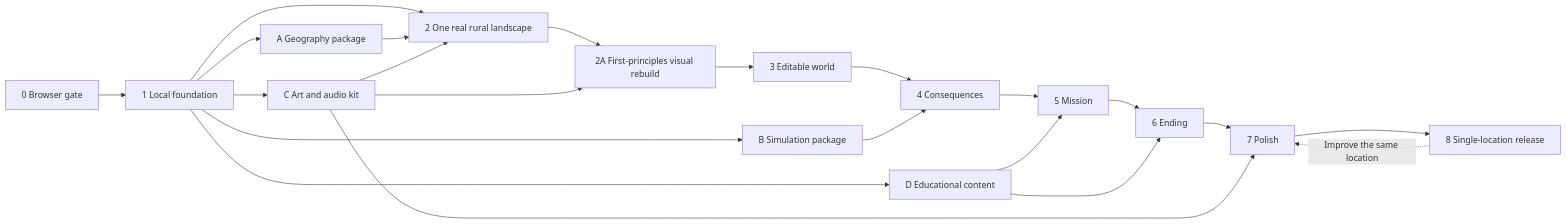
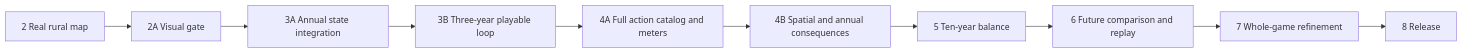
One commit to namanpro47/MyTerrain changed the diagram in IMPLEMENTATION_PLAN.md. Above: the diagram before and after it, drawn with Mermaid. The commit also changed other lines of this file and 168 other files, not shown here.

Commit message:
Preserve current visual studies and annual gameplay planning before integration

````diff
--- a/IMPLEMENTATION_PLAN.md
+++ b/IMPLEMENTATION_PLAN.md
@@ -53,24 +40,12 @@
 ```mermaid
 flowchart LR
-  P0[0 Browser gate] --> P1[1 Local foundation]
-  P1 --> P2[2 One real rural landscape]
-  P2 --> P2A[2A First-principles visual rebuild]
-  P2A --> P3[3 Editable world]
-  P3 --> P4[4 Consequences]
-  P4 --> P5[5 Mission]
-  P5 --> P6[6 Ending]
-  P6 --> P7[7 Polish]
-  P7 --> P8[8 Single-location release]
-  P8 -. Improve the same location .-> P7
-  P1 --> A[A Geography package]
-  A --> P2
-  P1 --> B[B Simulation package]
-  B --> P4
-  P1 --> C[C Art and audio kit]
-  C --> P2
-  C --> P2A
-  C --> P7
-  P1 --> D[D Educational content]
-  D --> P5
-  D --> P6
+  P2[2 Real rural map] --> V[2A Visual gate]
+  V --> A[3A Annual state integration]
+  A --> B[3B Three-year playable loop]
+  B --> C[4A Full action catalog and meters]
+  C --> D[4B Spatial and annual consequences]
+  D --> E[5 Ten-year balance]
+  E --> F[6 Future comparison and replay]
+  F --> G[7 Whole-game refinement]
+  G --> H[8 Release]
 ```
````
